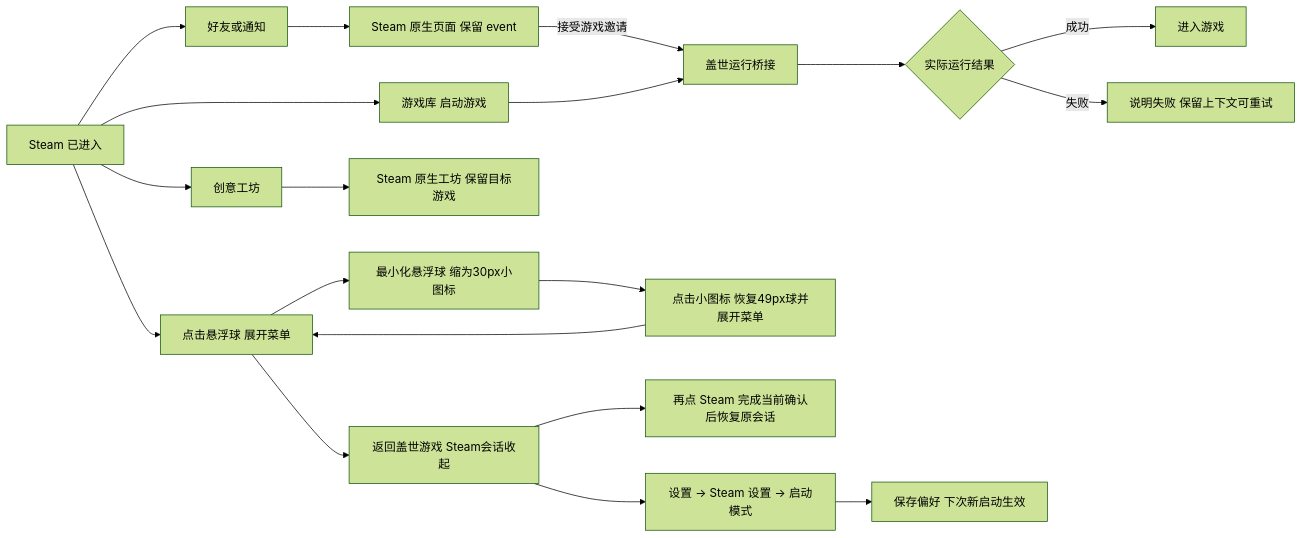
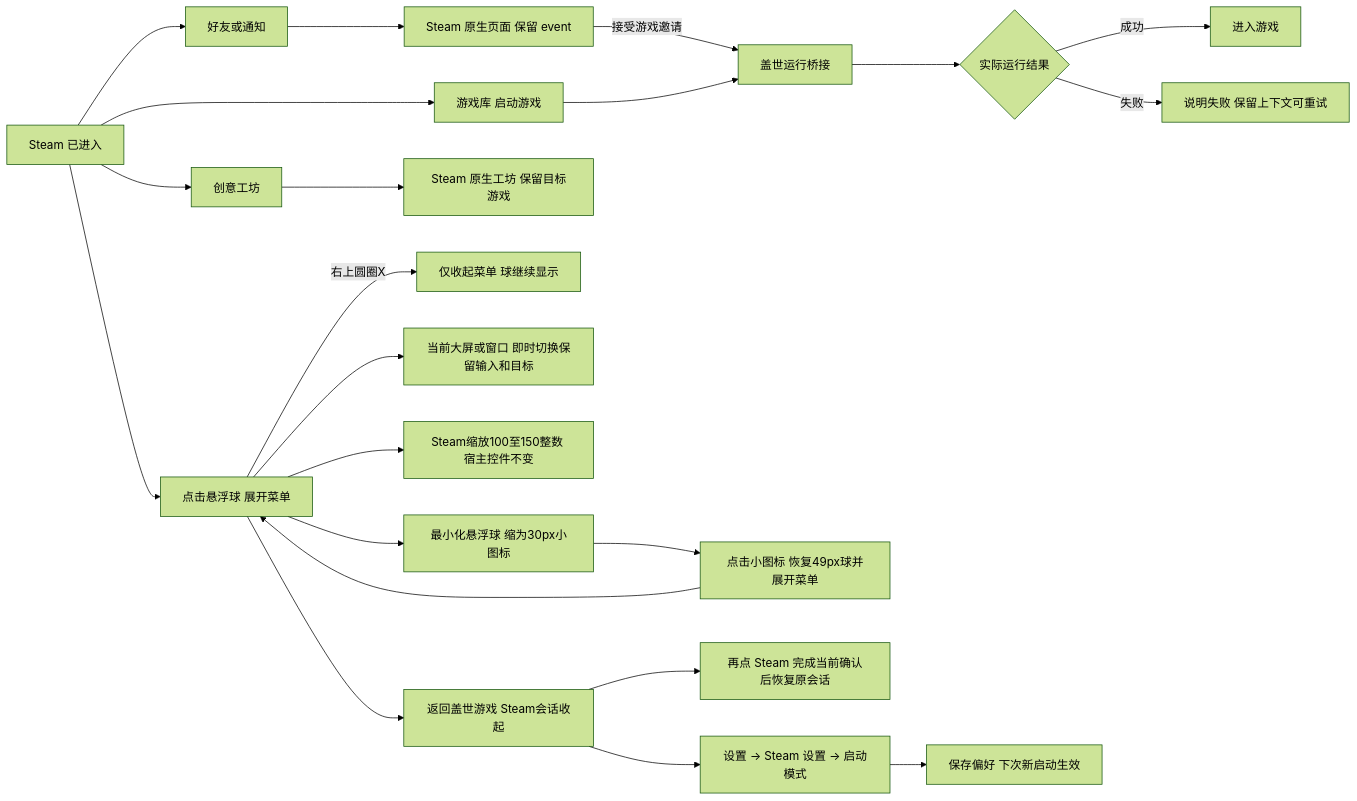
Before and after one commit to z36358631-ship-it/-: the second of 2 diagrams in outputs/steam-integration-20261028/方案与功能清单.md, drawn with Mermaid (forest theme). The commit also changed other lines of this file and 78 other files, not shown here.

````diff
--- a/outputs/steam-integration-20261028/方案与功能清单.md
+++ b/outputs/steam-integration-20261028/方案与功能清单.md
@@ -126,21 +131,24 @@
 ```mermaid
 flowchart LR
   A[Steam 已进入] --> B[好友或通知]
   A --> C[创意工坊]
   A --> D[游戏库 启动游戏]
   B --> E[Steam 原生页面 保留 event]
   C --> F[Steam 原生工坊 保留目标游戏]
   E -- 接受游戏邀请 --> G[盖世运行桥接]
   D --> G
   G --> H{实际运行结果}
   H -- 成功 --> I[进入游戏]
   H -- 失败 --> J[说明失败 保留上下文可重试]
   A --> B0[点击悬浮球 展开菜单]
+  B0 -- 右上圆圈X --> BX[仅收起菜单 球继续显示]
+  B0 --> VM[当前大屏或窗口 即时切换保留输入和目标]
+  B0 --> VS[Steam缩放100至150整数 宿主控件不变]
   B0 --> B1[最小化悬浮球 缩为30px小图标]
   B1 --> B2[点击小图标 恢复49px球并展开菜单]
   B2 --> B0
   B0 --> K[返回盖世游戏 Steam会话收起]
   K --> L[再点 Steam 完成当前确认后恢复原会话]
   K --> M[设置 → Steam 设置 → 启动模式]
   M --> N[保存偏好 下次新启动生效]
 ```
````
